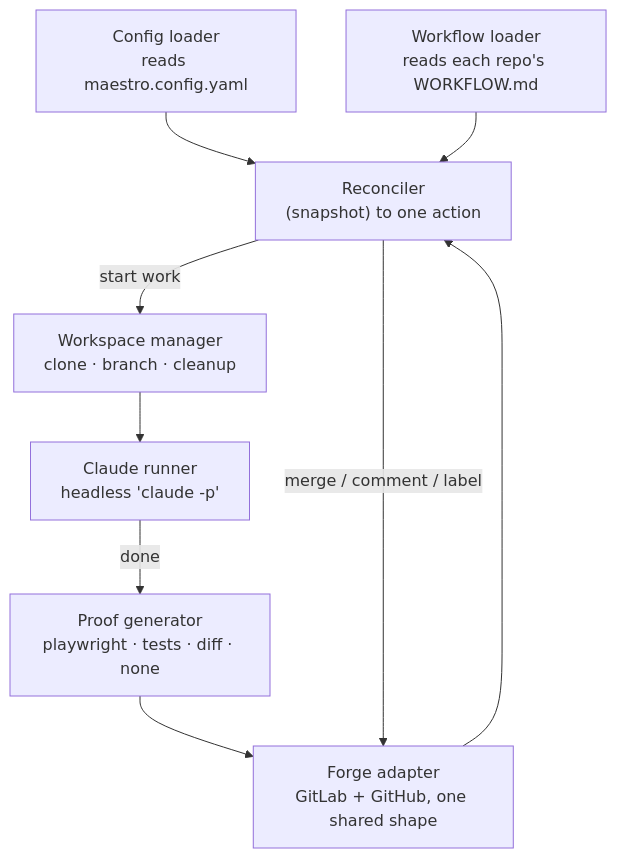
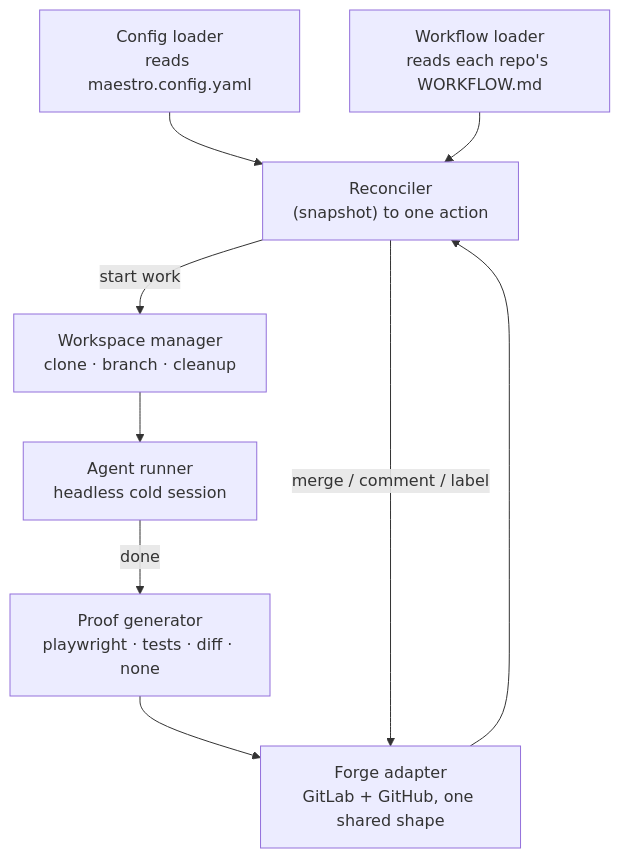
The fourth of 6 diagrams in README.md (l4ci/maestro), drawn with Mermaid before and after one commit. The commit also changed other lines of this file, not shown here.

Commit message:
Document the codex agent option in the README

````diff
--- a/README.md
+++ b/README.md
@@ -231,19 +231,19 @@
 ```mermaid
 flowchart TD
     Config["Config loader<br/>reads maestro.config.yaml"]
     WF["Workflow loader<br/>reads each repo's WORKFLOW.md"]
     Forge["Forge adapter<br/>GitLab + GitHub, one shared shape"]
     Rec["Reconciler<br/>(snapshot) to one action"]
     WSM["Workspace manager<br/>clone · branch · cleanup"]
-    Run["Claude runner<br/>headless 'claude -p'"]
+    Run["Agent runner<br/>headless cold session"]
     Proof["Proof generator<br/>playwright · tests · diff · none"]
 
     Config --> Rec
     WF --> Rec
     Forge --> Rec
     Rec -->|"start work"| WSM
     WSM --> Run
     Run -->|"done"| Proof
     Proof --> Forge
     Rec -->|"merge / comment / label"| Forge
 ```
````
